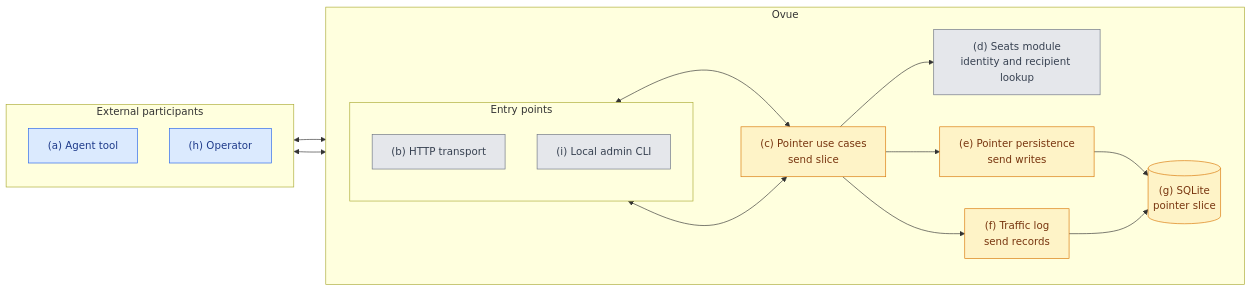
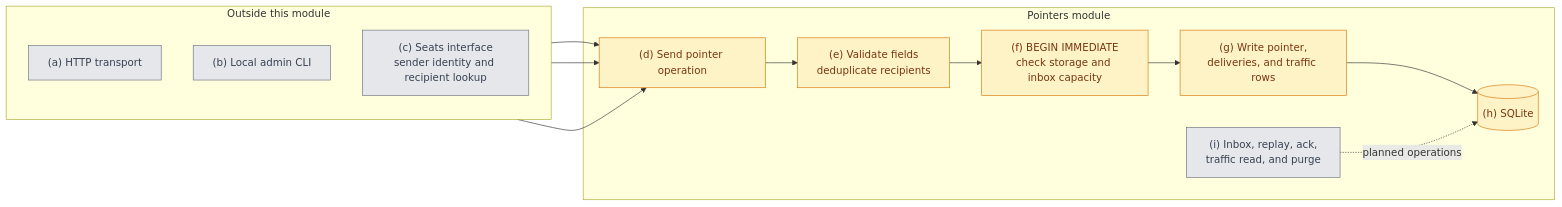
One commit to afroguy16/ovue changed the diagram in ovue/modules/pointers/spec.md. Above: the diagram before and after it, drawn with Mermaid. The commit also changed other lines of this file, not shown here.

Commit message:
docs(pointers): focus module diagram

````diff
--- a/ovue/modules/pointers/spec.md
+++ b/ovue/modules/pointers/spec.md
@@ -27,41 +27,30 @@
 ```mermaid
 flowchart LR
-    subgraph People[External participants]
+    subgraph Adapters[Outside this module]
         direction TB
-        Agent["(a) Agent tool"]
-        Operator["(h) Operator"]
+        HTTP["(a) HTTP transport"]
+        CLI["(b) Local admin CLI"]
+        Seats["(c) Seats interface<br/>sender identity and recipient lookup"]
     end
 
-    subgraph Ovue[Ovue]
-        direction LR
-        subgraph Entry[Entry points]
-            direction TB
-            HTTP["(b) HTTP transport"]
-            CLI["(i) Local admin CLI"]
-        end
+    subgraph PointerModule[Pointers module]
+        Send["(d) Send pointer operation"]
+        Validate["(e) Validate fields<br/>deduplicate recipients"]
+        Transaction["(f) BEGIN IMMEDIATE<br/>check storage and inbox capacity"]
+        Persist["(g) Write pointer,<br/>deliveries, and traffic rows"]
+        DB[("(h) SQLite")]
+        Other["(i) Inbox, replay, ack,<br/>traffic read, and purge"]
 
-        UseCases["(c) Pointer use cases<br/>send slice"]
-        Seats["(d) Seats module<br/>identity and recipient lookup"]
-        Storage["(e) Pointer persistence<br/>send writes"]
-        Traffic["(f) Traffic log<br/>send records"]
-        DB[("(g) SQLite<br/>pointer slice")]
-
-        HTTP <--> UseCases
-        CLI <--> UseCases
-        UseCases --> Seats
-        UseCases --> Storage
-        UseCases --> Traffic
-        Storage --> DB
-        Traffic --> DB
+        Send --> Validate --> Transaction --> Persist --> DB
+        Other -. planned operations .-> DB
     end
 
-    Agent <--> HTTP
-    Operator <--> CLI
+    HTTP --> Send
+    CLI --> Send
+    Seats --> Send
 
     classDef partial fill:#fef3c7,stroke:#d97706,color:#78350f;
     classDef todo fill:#e5e7eb,stroke:#6b7280,color:#374151;
-    classDef external fill:#dbeafe,stroke:#2563eb,color:#1e3a8a;
-    class UseCases,Storage,Traffic,DB partial;
-    class HTTP,CLI,Seats todo;
-    class Agent,Operator external;
+    class Send,Validate,Transaction,Persist,DB partial;
+    class HTTP,CLI,Seats,Other todo;
 ```
````
